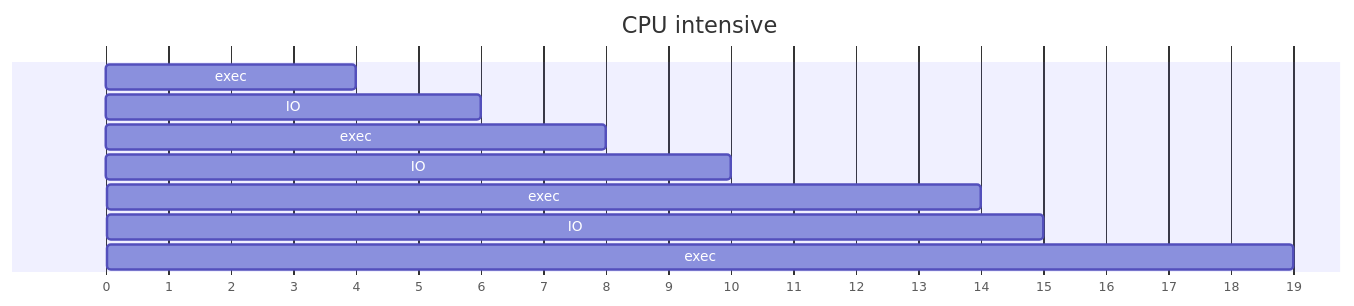
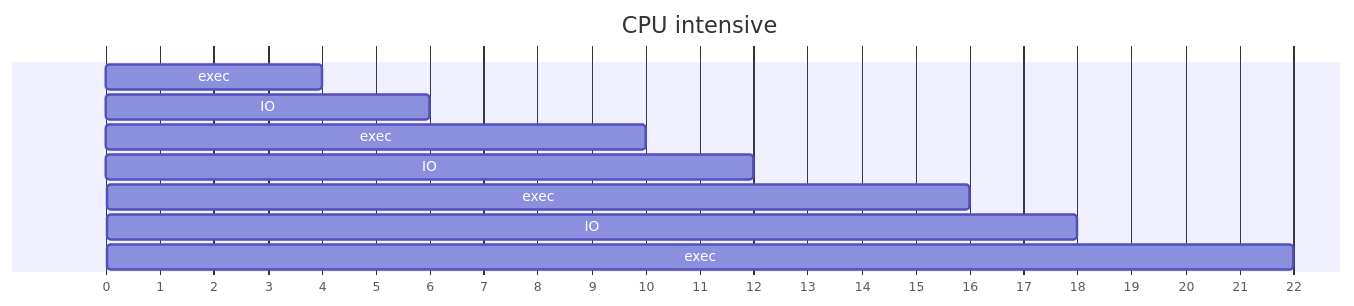
The first of 2 diagrams in CS/OS/data/24_control.md (angelromarco04/MyNotes), drawn with Mermaid before and after one commit. The commit also changed other lines of this file, not shown here.

````diff
--- a/CS/OS/data/24_control.md
+++ b/CS/OS/data/24_control.md
@@ -16,14 +16,14 @@
 ```mermaid
 gantt
     title CPU intensive
     dateFormat X
     axisFormat %s
     
     exec    : a, 0, 4
     IO      : b, 4, 6
-    exec    : a, 6, 8
-    IO      : b, 9, 10
-    exec    : a, 10, 14
-    IO      : b, 14, 15
-    exec    : a, 15, 19
+    exec    : a, 6, 10
+    IO      : b, 10, 12
+    exec    : a, 12, 16
+    IO      : b, 16, 18
+    exec    : a, 18, 22
 ```
````
